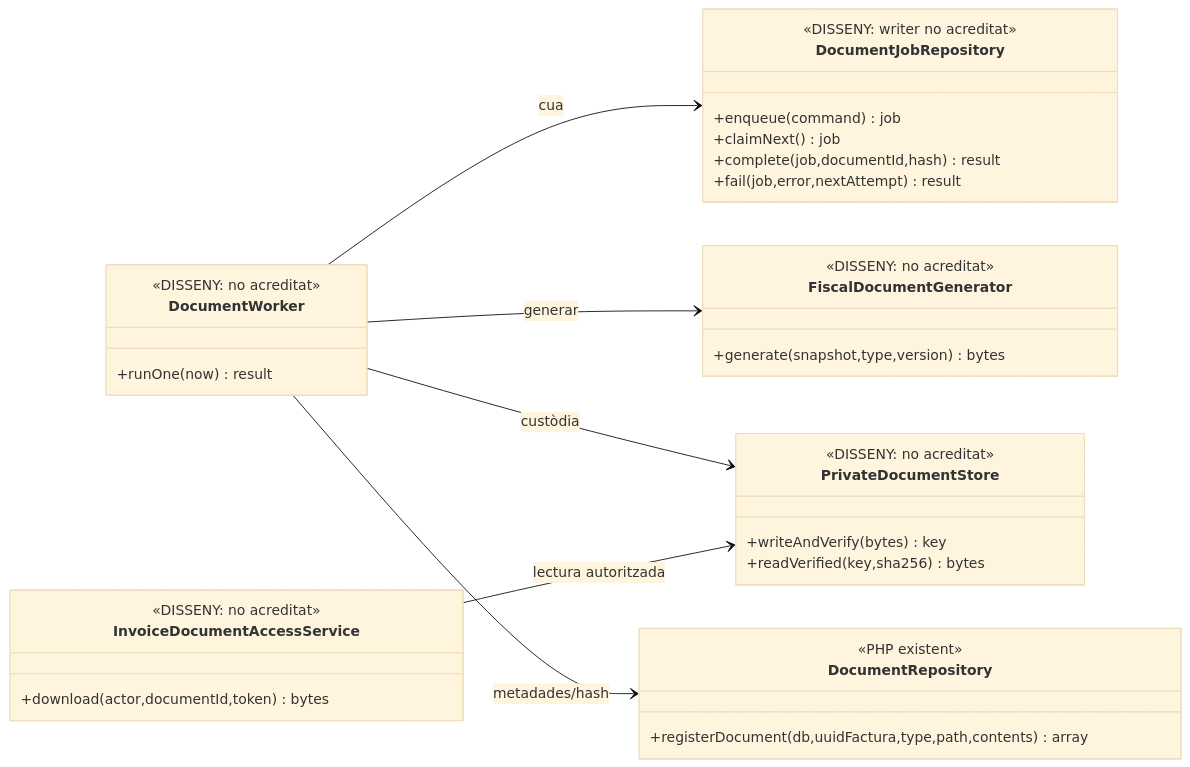
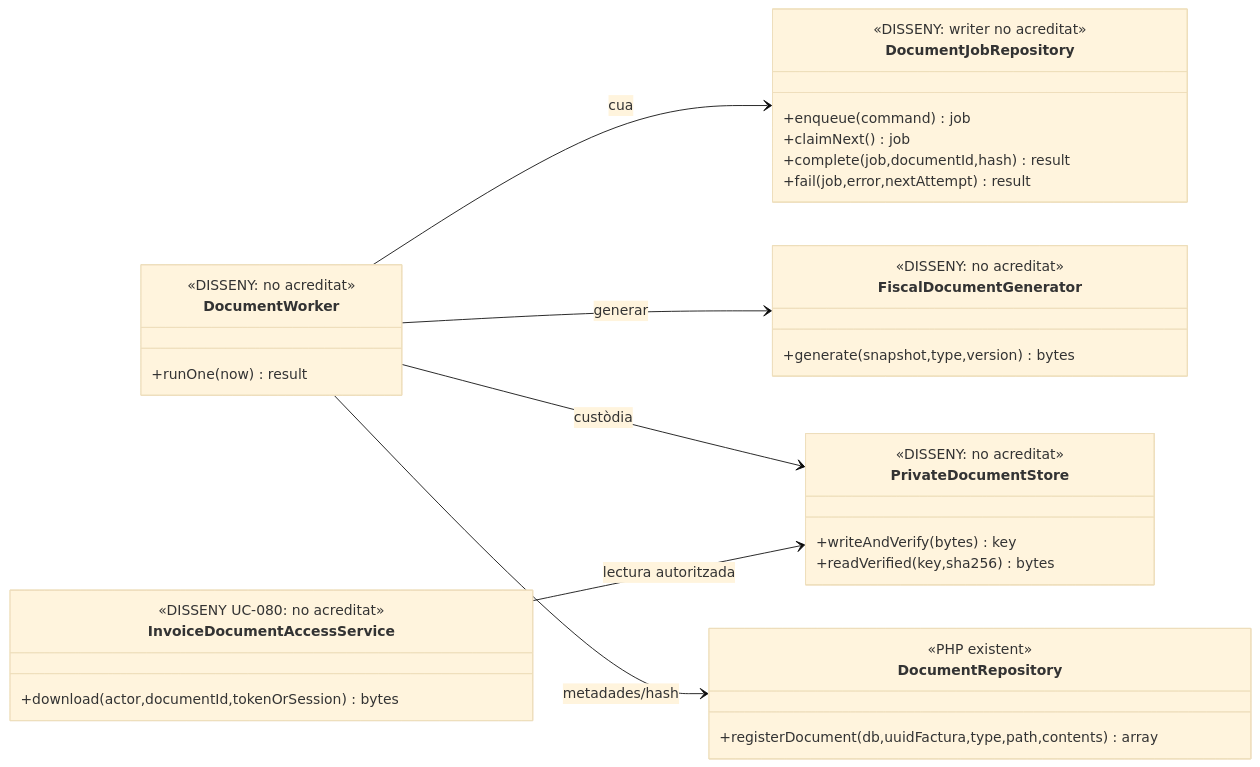
Before and after one commit to orgmeriemprismacat-del/verifactu: the second of 10 diagrams in documentacio/07-uml-integrat/uc-055-custodiar-reintentar-documents.md, drawn with Mermaid (base theme).

Commit message:
docs(uc-055): etiquetar servei d'accés com UC-080

````diff
--- a/documentacio/07-uml-integrat/uc-055-custodiar-reintentar-documents.md
+++ b/documentacio/07-uml-integrat/uc-055-custodiar-reintentar-documents.md
@@ -90,37 +90,37 @@
 ```mermaid
 classDiagram
 direction LR
 class DocumentRepository {
  <<PHP existent>>
  +registerDocument(db,uuidFactura,type,path,contents) array
 }
 class DocumentJobRepository {
  <<DISSENY: writer no acreditat>>
  +enqueue(command) job
  +claimNext() job
  +complete(job,documentId,hash) result
  +fail(job,error,nextAttempt) result
 }
 class FiscalDocumentGenerator {
  <<DISSENY: no acreditat>>
  +generate(snapshot,type,version) bytes
 }
 class PrivateDocumentStore {
  <<DISSENY: no acreditat>>
  +writeAndVerify(bytes) key
  +readVerified(key,sha256) bytes
 }
 class DocumentWorker {
  <<DISSENY: no acreditat>>
  +runOne(now) result
 }
 class InvoiceDocumentAccessService {
- <<DISSENY: no acreditat>>
- +download(actor,documentId,token) bytes
+ <<DISSENY UC-080: no acreditat>>
+ +download(actor,documentId,tokenOrSession) bytes
 }
 DocumentWorker --> DocumentJobRepository : cua
 DocumentWorker --> FiscalDocumentGenerator : generar
 DocumentWorker --> PrivateDocumentStore : custòdia
 DocumentWorker --> DocumentRepository : metadades/hash
 InvoiceDocumentAccessService --> PrivateDocumentStore : lectura autoritzada
 ```
````
